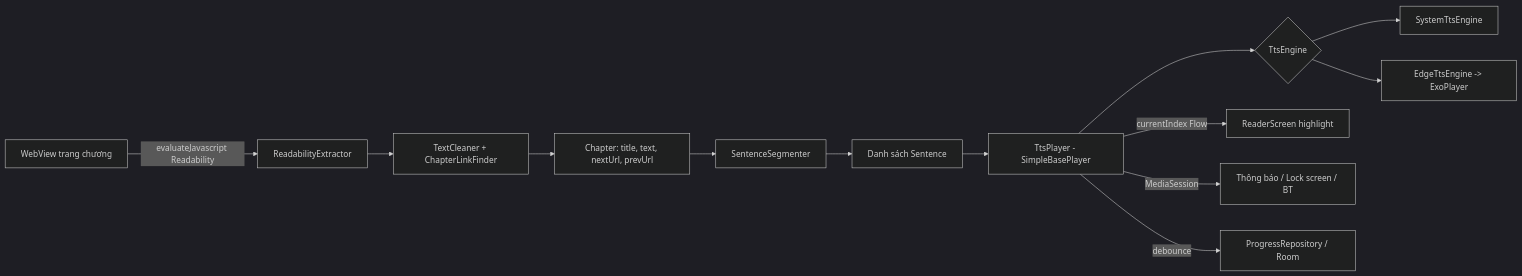
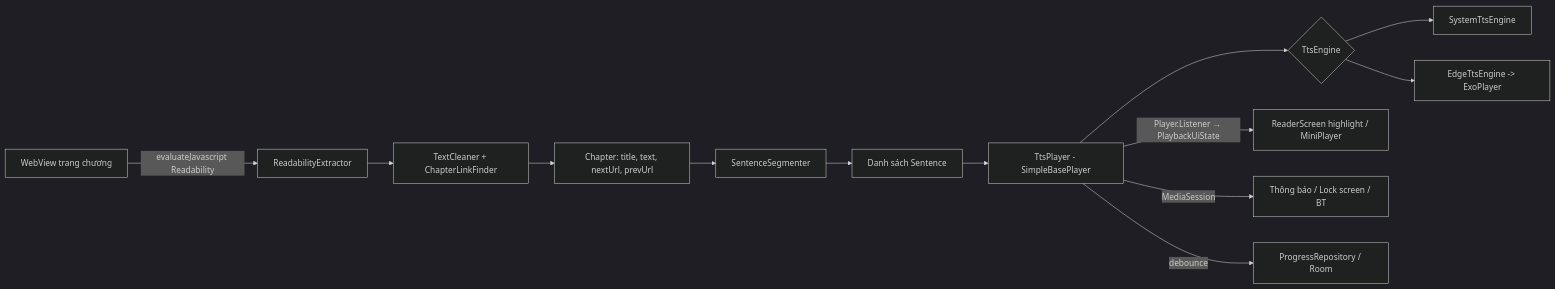
One commit to trang21-uet/TTS-Browser changed the diagram in docs/system-architecture.md. Above: the diagram before and after it, drawn with Mermaid (dark theme). The commit also changed other lines of this file and 32 other files, not shown here.

First line of the commit message:
feat: add reader screen with sentence highlight and mini player

````diff
--- a/docs/system-architecture.md
+++ b/docs/system-architecture.md
@@ -46,15 +46,15 @@
 ```mermaid
 flowchart LR
   WV[WebView trang chương] -- evaluateJavascript Readability --> EX[ReadabilityExtractor]
   EX --> CL[TextCleaner + ChapterLinkFinder]
   CL --> CH[Chapter: title, text, nextUrl, prevUrl]
   CH --> SEG[SentenceSegmenter]
   SEG --> Q[Danh sách Sentence]
   Q --> TP[TtsPlayer - SimpleBasePlayer]
   TP --> ENG{TtsEngine}
   ENG --> SYS[SystemTtsEngine]
   ENG --> EDGE[EdgeTtsEngine -> ExoPlayer]
-  TP -- currentIndex Flow --> RUI[ReaderScreen highlight]
+  TP -- Player.Listener → PlaybackUiState --> RUI[ReaderScreen highlight / MiniPlayer]
   TP -- MediaSession --> NOTI[Thông báo / Lock screen / BT]
   TP -- debounce --> PR[ProgressRepository / Room]
 ```
````
